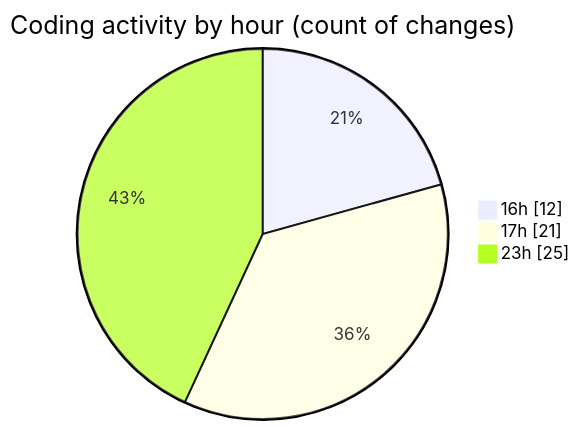
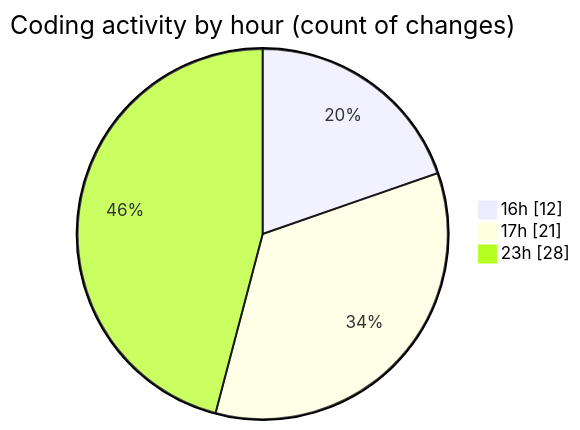
One commit to EIIisD/code-tracking changed the second of 2 diagrams in 2025-08-05/tw-server/README.md. Above: the diagram before and after it, drawn with Mermaid. The commit also changed other lines of this file and 1 other file, not shown here.

````diff
--- a/2025-08-05/tw-server/README.md
+++ b/2025-08-05/tw-server/README.md
@@ -41,7 +41,7 @@
 ```mermaid
 pie showData
 title Coding activity by hour (count of changes)
 "16h" : 12
 "17h" : 21
-"23h" : 25
+"23h" : 28
 ```
````
